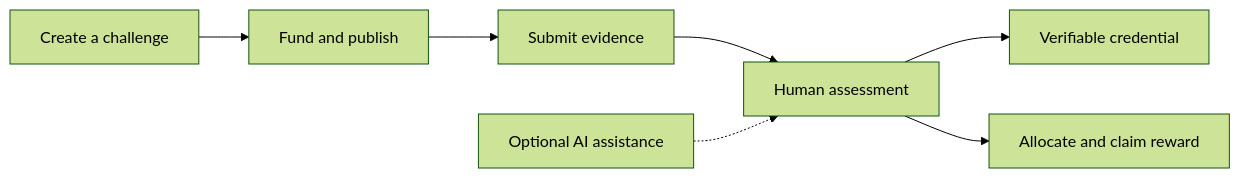
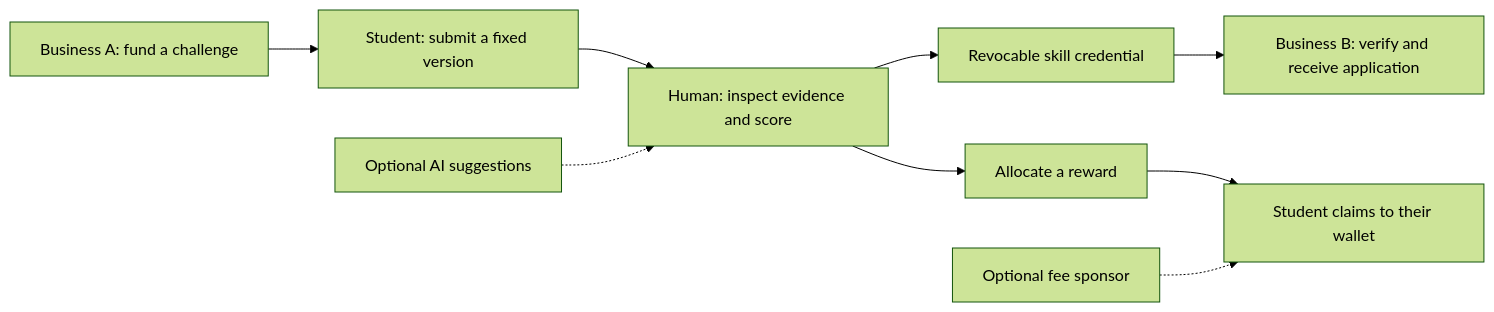
One commit to 2274802010922/SkillBridge-Vietnam changed the diagram in README.md. Above: the diagram before and after it, drawn with Mermaid (forest theme). The commit also changed other lines of this file and 65 other files, not shown here.

````diff
--- a/README.md
+++ b/README.md
@@ -48,9 +31,11 @@
 ```mermaid
 flowchart LR
-    A["Create a challenge"] --> B["Fund and publish"]
-    B --> C["Submit evidence"]
-    C --> D["Human assessment"]
-    AI["Optional AI assistance"] -.-> D
-    D --> E["Verifiable credential"]
-    D --> F["Allocate and claim reward"]
+    A["Business A: fund a challenge"] --> B["Student: submit a fixed version"]
+    B --> C["Human: inspect evidence and score"]
+    AI["Optional AI suggestions"] -.-> C
+    C --> D["Revocable skill credential"]
+    C --> E["Allocate a reward"]
+    E --> F["Student claims to their wallet"]
+    D --> G["Business B: verify and receive application"]
+    S["Optional fee sponsor"] -.-> F
 ```
````
